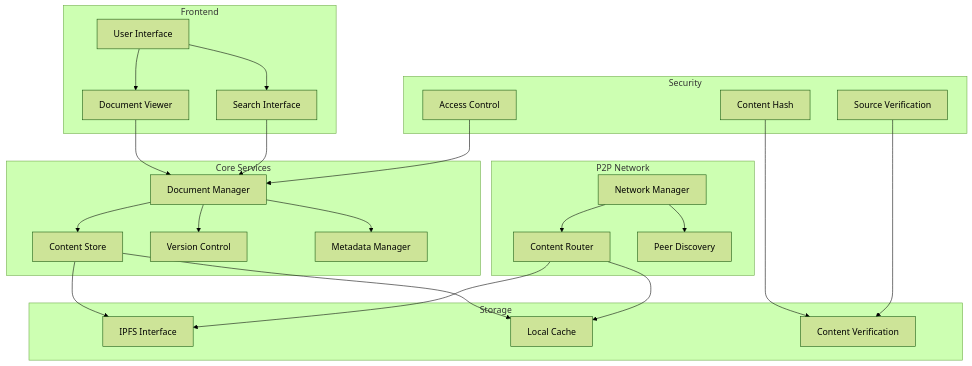
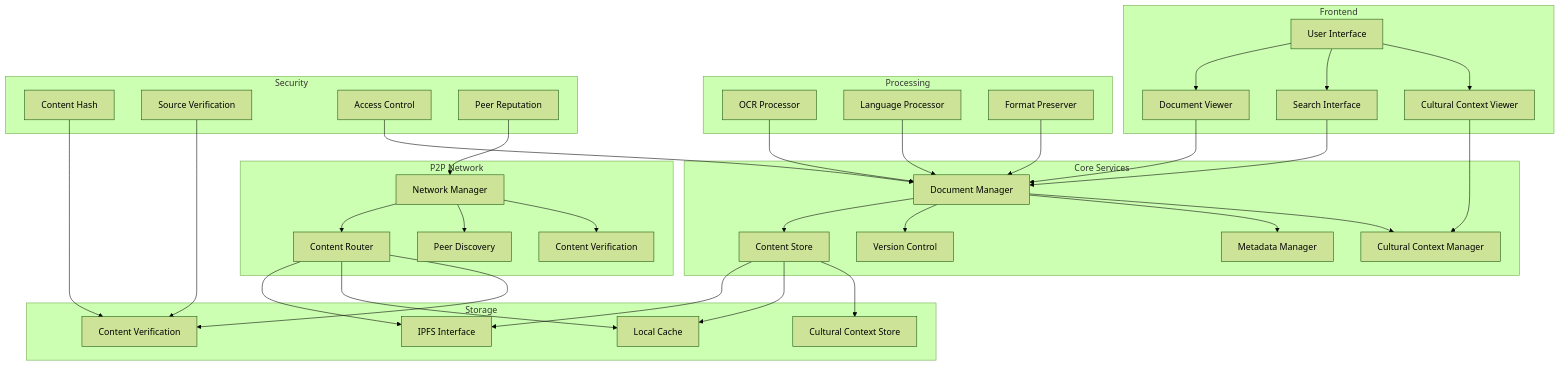
Before and after one commit to AlLibrary-Libertarian-knowledge/DocsAndResearch_AlLibrary: the diagram in Software Engineering/component_diagram.md, drawn with Mermaid (forest theme). The commit also changed 12 other files, not shown here.

````diff
--- a/Software Engineering/component_diagram.md
+++ b/Software Engineering/component_diagram.md
@@ -5,6 +5,7 @@
         Viewer[Document Viewer]
         Search[Search Interface]
         UI[User Interface]
+        Context[Cultural Context Viewer]
     end
 
     %% Core Services
@@ -13,6 +14,7 @@
         Store[Content Store]
         Version[Version Control]
         Metadata[Metadata Manager]
+        Cultural[Cultural Context Manager]
     end
 
     %% P2P Network
@@ -20,6 +22,7 @@
         Network[Network Manager]
         Router[Content Router]
         Discovery[Peer Discovery]
+        Verification[Content Verification]
     end
 
     %% Storage
@@ -27,6 +30,14 @@
         IPFS[IPFS Interface]
         Cache[Local Cache]
         Verify[Content Verification]
+        ContextStore[Cultural Context Store]
+    end
+
+    %% Processing
+    subgraph Processing
+        OCR[OCR Processor]
+        Language[Language Processor]
+        Format[Format Preserver]
     end
 
     %% Security
@@ -34,29 +45,42 @@
         Hash[Content Hash]
         Source[Source Verification]
         Access[Access Control]
+        Reputation[Peer Reputation]
     end
 
     %% Frontend Connections
     UI --> Viewer
     UI --> Search
+    UI --> Context
     Viewer --> DocManager
     Search --> DocManager
+    Context --> Cultural
 
     %% Core Service Connections
     DocManager --> Store
     DocManager --> Version
     DocManager --> Metadata
+    DocManager --> Cultural
     Store --> IPFS
     Store --> Cache
+    Store --> ContextStore
 
     %% Network Connections
     Network --> Router
     Network --> Discovery
+    Network --> Verification
     Router --> IPFS
     Router --> Cache
+    Router --> Verify
+
+    %% Processing Connections
+    OCR --> DocManager
+    Language --> DocManager
+    Format --> DocManager
 
     %% Security Connections
     Hash --> Verify
     Source --> Verify
     Access --> DocManager
+    Reputation --> Network
 ```
````
